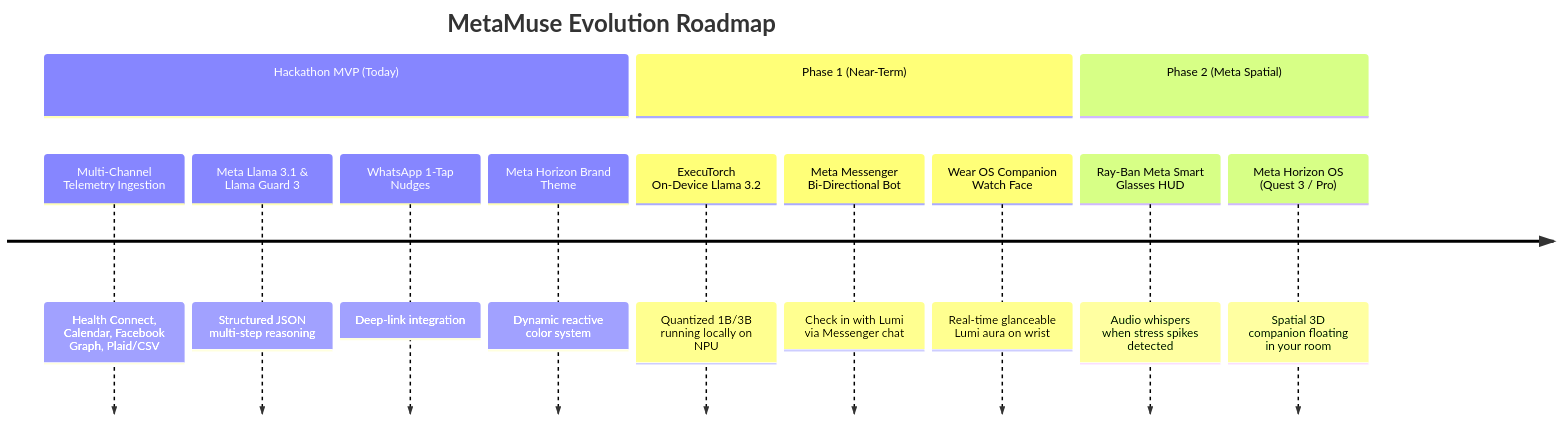
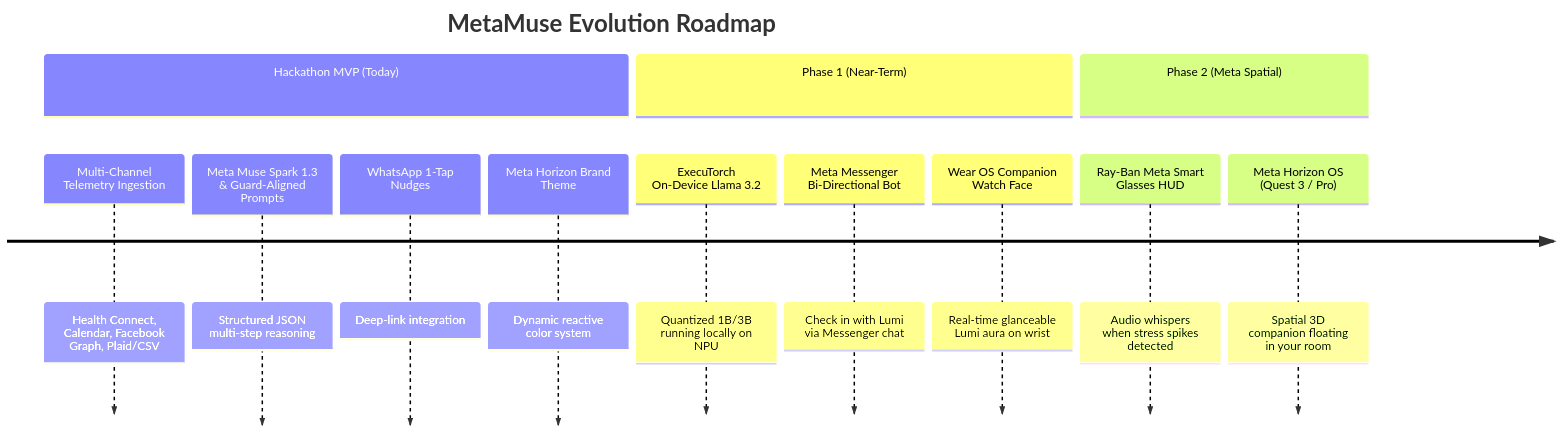
One commit to ashrafi/LifeSOS changed the second of 2 diagrams in README.md. Above: the diagram before and after it, drawn with Mermaid. The commit also changed other lines of this file and 8 other files, not shown here.

````diff
--- a/README.md
+++ b/README.md
@@ -501,16 +510,16 @@
 ```mermaid
 timeline
     title MetaMuse Evolution Roadmap
     section Hackathon MVP (Today)
         Multi-Channel Telemetry Ingestion : Health Connect, Calendar, Facebook Graph, Plaid/CSV
-        Meta Llama 3.1 & Llama Guard 3   : Structured JSON multi-step reasoning
+        Meta Muse Spark 1.3 & Guard-Aligned Prompts : Structured JSON multi-step reasoning
         WhatsApp 1-Tap Nudges            : Deep-link integration
         Meta Horizon Brand Theme         : Dynamic reactive color system
     section Phase 1 (Near-Term)
         ExecuTorch On-Device Llama 3.2   : Quantized 1B/3B running locally on NPU
         Meta Messenger Bi-Directional Bot: Check in with Lumi via Messenger chat
         Wear OS Companion Watch Face     : Real-time glanceable Lumi aura on wrist
     section Phase 2 (Meta Spatial)
         Ray-Ban Meta Smart Glasses HUD   : Audio whispers when stress spikes detected
         Meta Horizon OS (Quest 3 / Pro)  : Spatial 3D companion floating in your room
 ```
````
